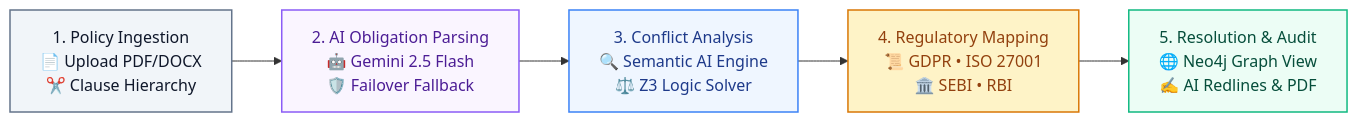
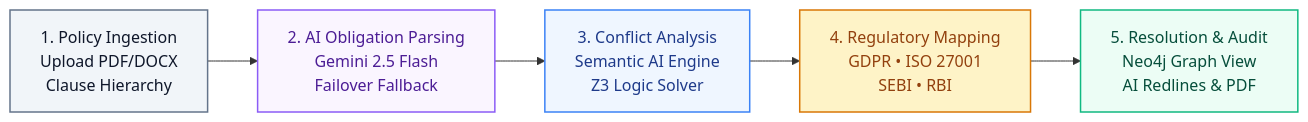
Before and after one commit to Sangamithraa077/PolicySentinel: the second of 2 diagrams in README.md, drawn with Mermaid. The commit also changed other lines of this file, not shown here.

Commit message:
Refine system architecture and execution flow diagrams
Updated the presentation of the system architecture and execution flow diagrams in the README.

````diff
--- a/README.md
+++ b/README.md
@@ -81,14 +81,14 @@
 ```mermaid
 flowchart LR
-    Step1["1. Policy Ingestion\n📄 Upload PDF/DOCX\n✂️ Clause Hierarchy"] 
-    --> Step2["2. AI Obligation Parsing\n🤖 Gemini 2.5 Flash\n🛡️ Failover Fallback"]
-    --> Step3["3. Conflict Analysis\n🔍 Semantic AI Engine\n⚖️ Z3 Logic Solver"]
-    --> Step4["4. Regulatory Mapping\n📜 GDPR • ISO 27001\n🏛️ SEBI • RBI"]
-    --> Step5["5. Resolution & Audit\n🌐 Neo4j Graph View\n✍️ AI Redlines & PDF"]
+    Step1["1. Policy Ingestion\n Upload PDF/DOCX\n Clause Hierarchy"] 
+    --> Step2["2. AI Obligation Parsing\n Gemini 2.5 Flash\n Failover Fallback"]
+    --> Step3["3. Conflict Analysis\n Semantic AI Engine\n Z3 Logic Solver"]
+    --> Step4["4. Regulatory Mapping\n GDPR • ISO 27001\n SEBI • RBI"]
+    --> Step5["5. Resolution & Audit\n Neo4j Graph View\n AI Redlines & PDF"]
 
     style Step1 fill:#F1F5F9,stroke:#64748B,stroke-width:1.5px,color:#0F172A
     style Step2 fill:#FAF5FF,stroke:#8B5CF6,stroke-width:1.5px,color:#4C1D95
     style Step3 fill:#EFF6FF,stroke:#3B82F6,stroke-width:1.5px,color:#1E3A8A
     style Step4 fill:#FEF3C7,stroke:#D97706,stroke-width:1.5px,color:#92400E
     style Step5 fill:#ECFDF5,stroke:#10B981,stroke-width:1.5px,color:#064E3B
 ```
````
